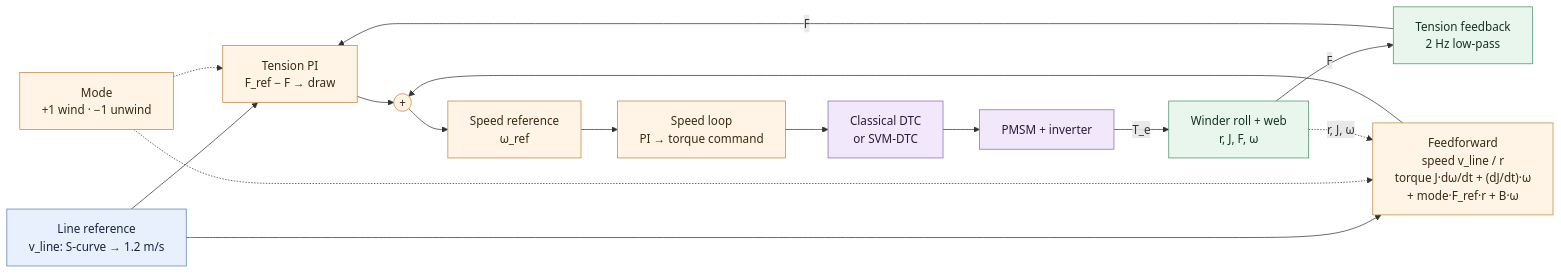
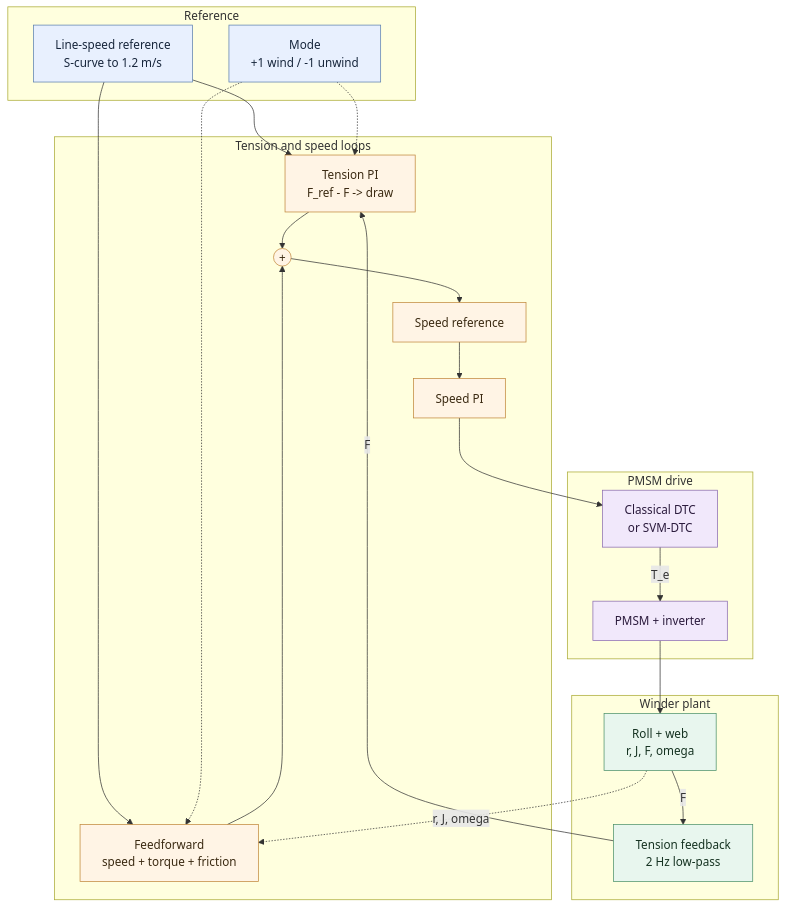
Before and after one commit to kunalkushwahatg/Direct-torque-control-of-PMSM-motor: the first of 2 diagrams in experiments/exp05_winder_mechanics/README.md, drawn with Mermaid. The commit also changed 1 other file, not shown here.

Commit message:
Improve Mermaid architecture diagrams with layered vertical layout

````diff
--- a/experiments/exp05_winder_mechanics/README.md
+++ b/experiments/exp05_winder_mechanics/README.md
@@ -62,38 +62,49 @@
 ```mermaid
-flowchart LR
-    L["Line reference<br/>v_line: S-curve → 1.2 m/s"]
-    PI["Tension PI<br/>F_ref − F → draw"]
-    FF["Feedforward<br/>speed v_line / r<br/>torque J·dω/dt + (dJ/dt)·ω<br/>+ mode·F_ref·r + B·ω"]
-    SUM(("+"))
-    W["Speed reference<br/>ω_ref"]
-    SP["Speed loop<br/>PI → torque command"]
-    D["Classical DTC<br/>or SVM-DTC"]
-    M["PMSM + inverter"]
-    R["Winder roll + web<br/>r, J, F, ω"]
-    FB["Tension feedback<br/>2 Hz low-pass"]
-    MODE["Mode<br/>+1 wind · −1 unwind"]
+flowchart TB
+    subgraph REF["Reference"]
+        L["Line-speed reference<br/>S-curve to 1.2 m/s"]
+        MODE["Mode<br/>+1 wind / -1 unwind"]
+    end
+
+    subgraph LOOP["Tension and speed loops"]
+        PI["Tension PI<br/>F_ref - F -> draw"]
+        FF["Feedforward<br/>speed + torque + friction"]
+        SUM(("+"))
+        W["Speed reference"]
+        SP["Speed PI"]
+    end
+
+    subgraph DRIVE["PMSM drive"]
+        D["Classical DTC<br/>or SVM-DTC"]
+        M["PMSM + inverter"]
+    end
+
+    subgraph PLANT["Winder plant"]
+        R["Roll + web<br/>r, J, F, omega"]
+        FB["Tension feedback<br/>2 Hz low-pass"]
+    end
 
     L --> PI
     L --> FF
     MODE -.-> PI
     MODE -.-> FF
     PI --> SUM
     FF --> SUM
     SUM --> W
     W --> SP
     SP --> D
-    D --> M
-    M -->|"T_e"| R
+    D -->|"T_e"| M
+    M --> R
     R -->|"F"| FB
     FB -->|"F"| PI
-    R -.->|"r, J, ω"| FF
+    R -. "r, J, omega" .-> FF
 
     classDef ref fill:#e8f0fe,stroke:#5b7fae,color:#17263c;
     classDef ctrl fill:#fff4e5,stroke:#c1873b,color:#3b2a12;
     classDef drive fill:#f1e8fb,stroke:#8a6bb0,color:#2b1b3d;
     classDef plant fill:#e8f6ee,stroke:#4c9169,color:#163322;
-    class L ref;
-    class PI,FF,SUM,W,SP,MODE ctrl;
+    class L,MODE ref;
+    class PI,FF,SUM,W,SP ctrl;
     class D,M drive;
     class R,FB plant;
 ```
````
